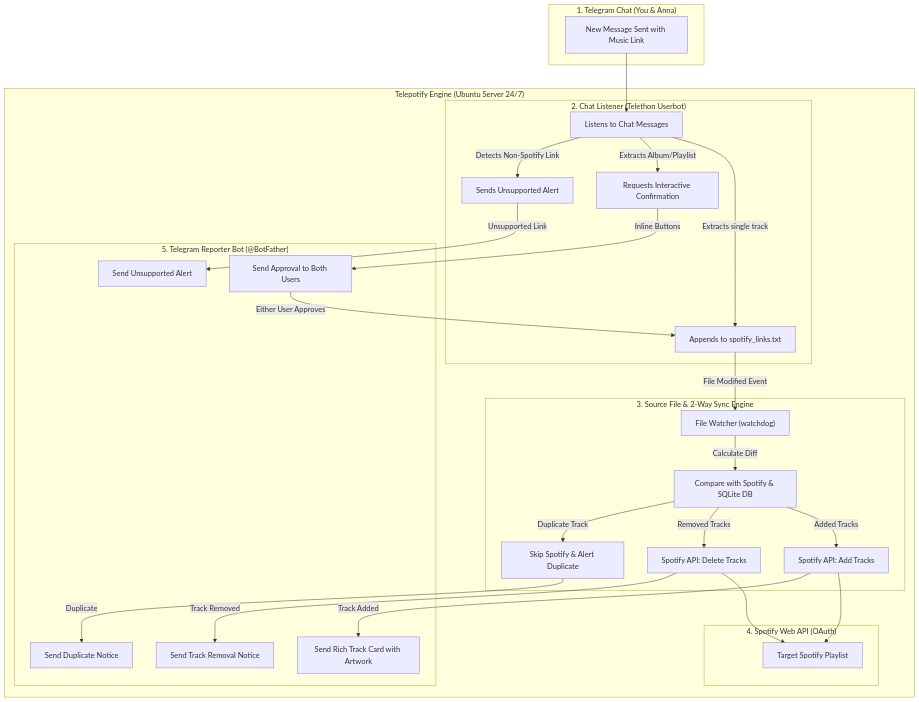
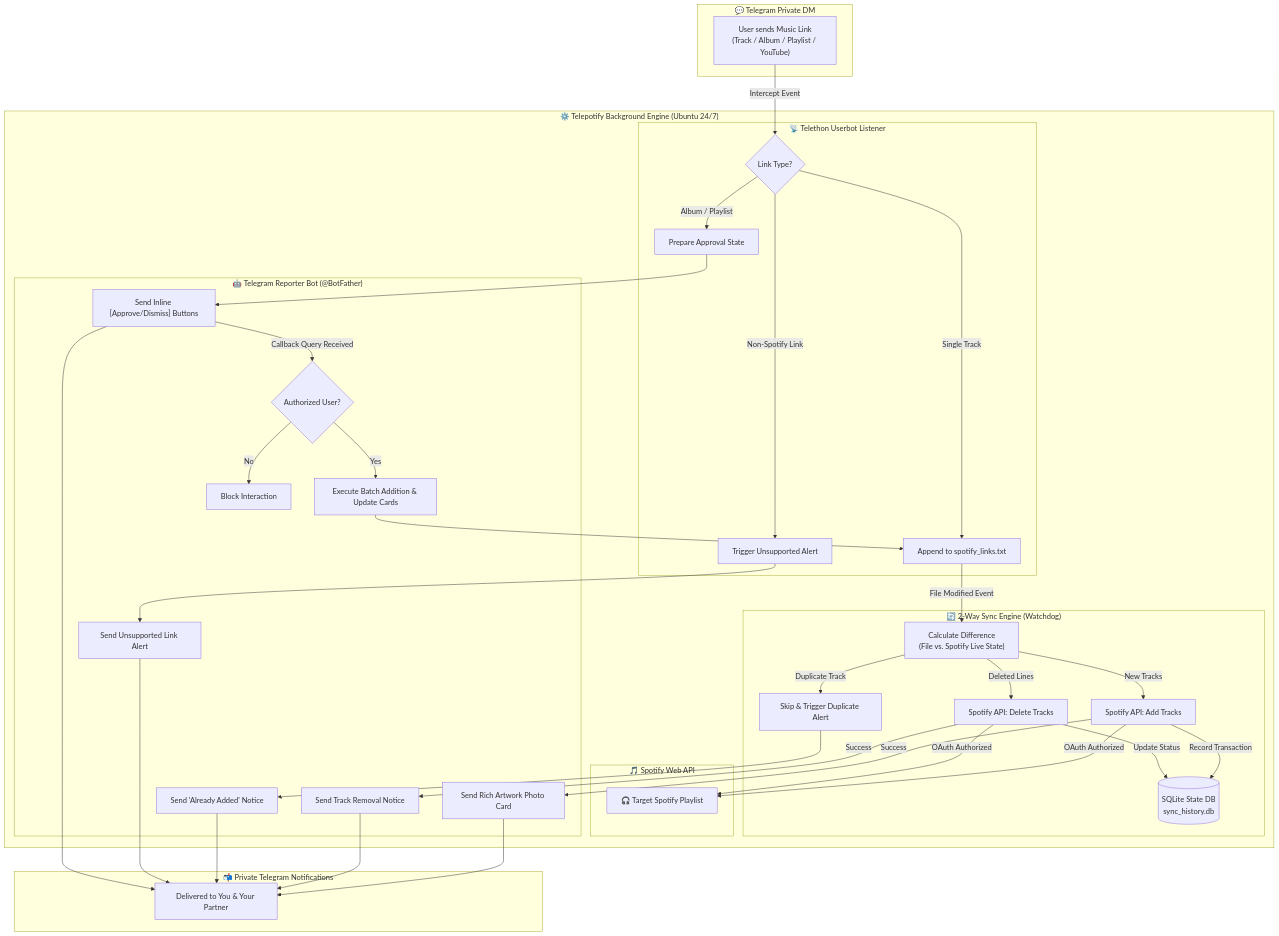
One commit to DaSpaceJesus/telepotify changed the diagram in README.md. Above: the diagram before and after it, drawn with Mermaid. The commit also changed other lines of this file, not shown here.

Commit message:
docs: expand README with comprehensive architecture, setup guide, and troubleshooting FAQ

````diff
--- a/README.md
+++ b/README.md
@@ -30,38 +43,51 @@
 ```mermaid
-graph TD
-    subgraph TelegramChat["1. Telegram Chat (You & Anna)"]
-        M1["New Message Sent with Music Link"]
+flowchart TD
+    subgraph Telegram["💬 Telegram Private DM"]
+        UserMsg["User sends Music Link\n(Track / Album / Playlist / YouTube)"]
     end
 
-    subgraph Server["Telepotify Engine (Ubuntu Server 24/7)"]
-        subgraph Listener["2. Chat Listener (Telethon Userbot)"]
-            T1["Listens to Chat Messages"] -->|Extracts single track| F1["Appends to spotify_links.txt"]
-            T1 -->|Extracts Album/Playlist| B1["Requests Interactive Confirmation"]
-            T1 -->|Detects Non-Spotify Link| B2["Sends Unsupported Alert"]
+    subgraph Service["⚙️ Telepotify Background Engine (Ubuntu 24/7)"]
+        subgraph Listener["📡 Telethon Userbot Listener"]
+            UserMsg -->|Intercept Event| Filter{"Link Type?"}
+            Filter -->|Single Track| WriteFile["Append to spotify_links.txt"]
+            Filter -->|Album / Playlist| PromptReq["Prepare Approval State"]
+            Filter -->|Non-Spotify Link| NonSpotAlert["Trigger Unsupported Alert"]
         end
 
-        subgraph FileBridge["3. Source File & 2-Way Sync Engine"]
-            F1 -->|File Modified Event| W1["File Watcher (watchdog)"]
-            W1 -->|Calculate Diff| D1["Compare with Spotify & SQLite DB"]
-            D1 -->|Added Tracks| S1["Spotify API: Add Tracks"]
-            D1 -->|Removed Tracks| S2["Spotify API: Delete Tracks"]
-            D1 -->|Duplicate Track| D2["Skip Spotify & Alert Duplicate"]
+        subgraph Engine["🔄 2-Way Sync Engine (Watchdog)"]
+            WriteFile -->|File Modified Event| DiffCalc["Calculate Difference\n(File vs. Spotify Live State)"]
+            DiffCalc -->|New Tracks| SpotAdd["Spotify API: Add Tracks"]
+            DiffCalc -->|Deleted Lines| SpotDel["Spotify API: Delete Tracks"]
+            DiffCalc -->|Duplicate Track| SkipDup["Skip & Trigger Duplicate Alert"]
+            
+            SpotAdd -->|Record Transaction| SQLite[("SQLite State DB\nsync_history.db")]
+            SpotDel -->|Update Status| SQLite
         end
 
-        subgraph SpotifySync["4. Spotify Web API (OAuth)"]
-            S1 --> S3["Target Spotify Playlist"]
-            S2 --> S3
+        subgraph Spotify["🎵 Spotify Web API"]
+            SpotAdd -->|OAuth Authorized| Playlist["🎧 Target Spotify Playlist"]
+            SpotDel -->|OAuth Authorized| Playlist
         end
 
-        subgraph Reporter["5. Telegram Reporter Bot (@BotFather)"]
-            B1 -->|Inline Buttons| RB1["Send Approval to Both Users"]
-            RB1 -->|Either User Approves| F1
-            S1 -->|Track Added| RB2["Send Rich Track Card with Artwork"]
-            S2 -->|Track Removed| RB3["Send Track Removal Notice"]
-            D2 -->|Duplicate| RB4["Send Duplicate Notice"]
-            B2 -->|Unsupported Link| RB5["Send Unsupported Alert"]
+        subgraph Reporter["🤖 Telegram Reporter Bot (@BotFather)"]
+            SpotAdd -->|Success| SendCard["Send Rich Artwork Photo Card"]
+            SpotDel -->|Success| SendDel["Send Track Removal Notice"]
+            SkipDup --> SendDupAlert["Send 'Already Added' Notice"]
+            NonSpotAlert --> SendNonSpot["Send Unsupported Link Alert"]
+            PromptReq --> SendPrompt["Send Inline [Approve/Dismiss] Buttons"]
+
+            SendPrompt -->|Callback Query Received| AuthCheck{"Authorized User?"}
+            AuthCheck -->|Yes| Resolve["Execute Batch Addition & Update Cards"]
+            AuthCheck -->|No| Reject["Block Interaction"]
+            Resolve --> WriteFile
         end
     end
 
-    M1 --> T1
+    subgraph DMs["📬 Private Telegram Notifications"]
+        SendCard --> UserDMs["Delivered to You & Your Partner"]
+        SendDel --> UserDMs
+        SendDupAlert --> UserDMs
+        SendNonSpot --> UserDMs
+        SendPrompt --> UserDMs
+    end
 ```
````
